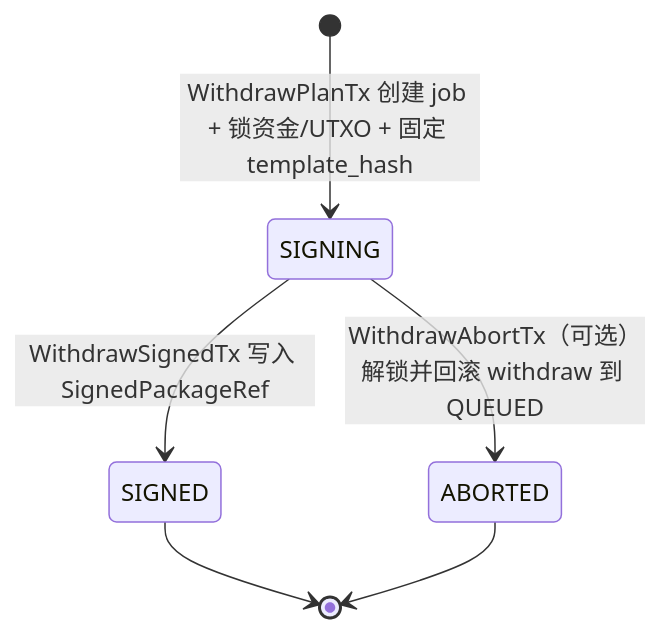
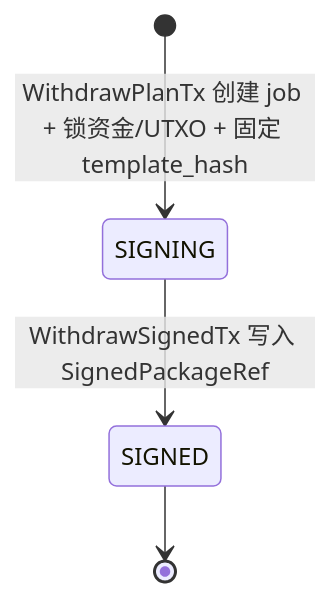
The third of 5 diagrams in frost/design_v2_job.md (davidLeeeeeeeeeeee/dex), drawn with Mermaid before and after one commit. The commit also changed other lines of this file, not shown here.

````diff
--- a/frost/design_v2_job.md
+++ b/frost/design_v2_job.md
@@ -309,8 +308,6 @@
 ```mermaid
 stateDiagram-v2
   [*] --> SIGNING: WithdrawPlanTx 创建 job + 锁资金/UTXO + 固定 template_hash
   SIGNING --> SIGNED: WithdrawSignedTx 写入 SignedPackageRef
-  SIGNING --> ABORTED: WithdrawAbortTx（可选）解锁并回滚 withdraw 到 QUEUED
   SIGNED --> [*]
-  ABORTED --> [*]
 ```
````
